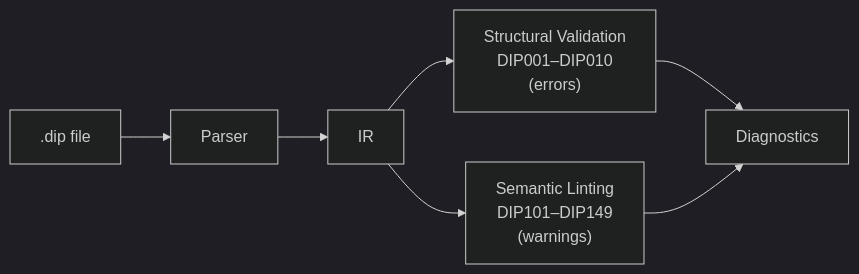
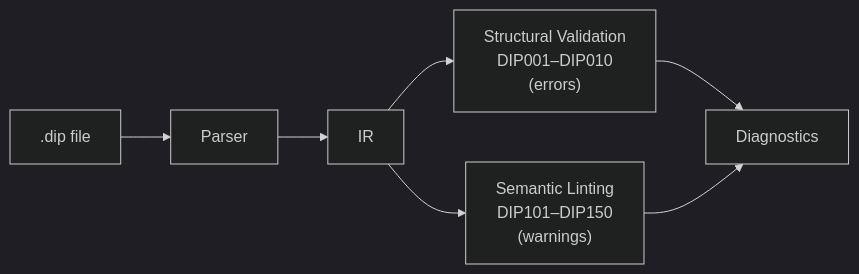
Before and after one commit to 2389-research/dippin-lang: the diagram in docs/validation.md, drawn with Mermaid (dark theme). The commit also changed other lines of this file and 36 other files, not shown here.

````diff
--- a/docs/validation.md
+++ b/docs/validation.md
@@ -10,9 +10,9 @@
 ```mermaid
 graph LR
     SRC[".dip file"] --> PARSE["Parser"]
     PARSE --> IR["IR"]
     IR --> VAL["Structural Validation<br>DIP001–DIP010<br>(errors)"]
-    IR --> LINT["Semantic Linting<br>DIP101–DIP149<br>(warnings)"]
+    IR --> LINT["Semantic Linting<br>DIP101–DIP150<br>(warnings)"]
     VAL --> DIAG["Diagnostics"]
     LINT --> DIAG
 ```
````
